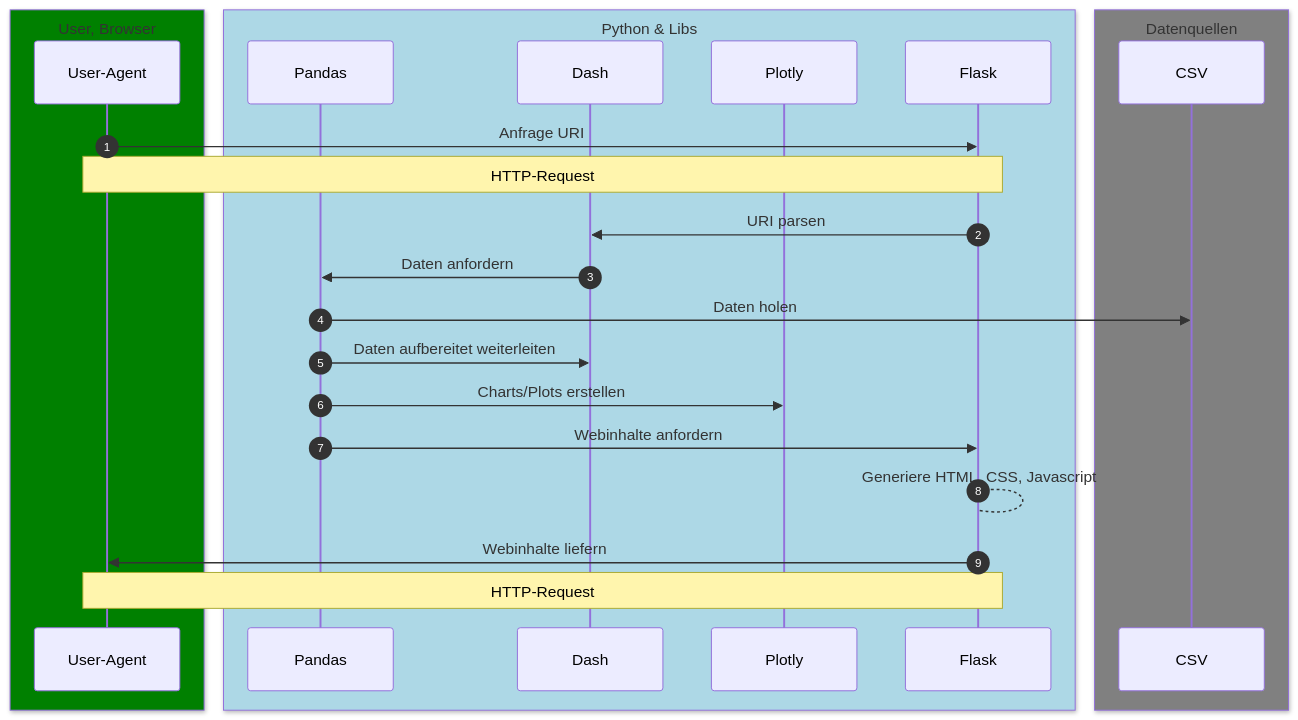
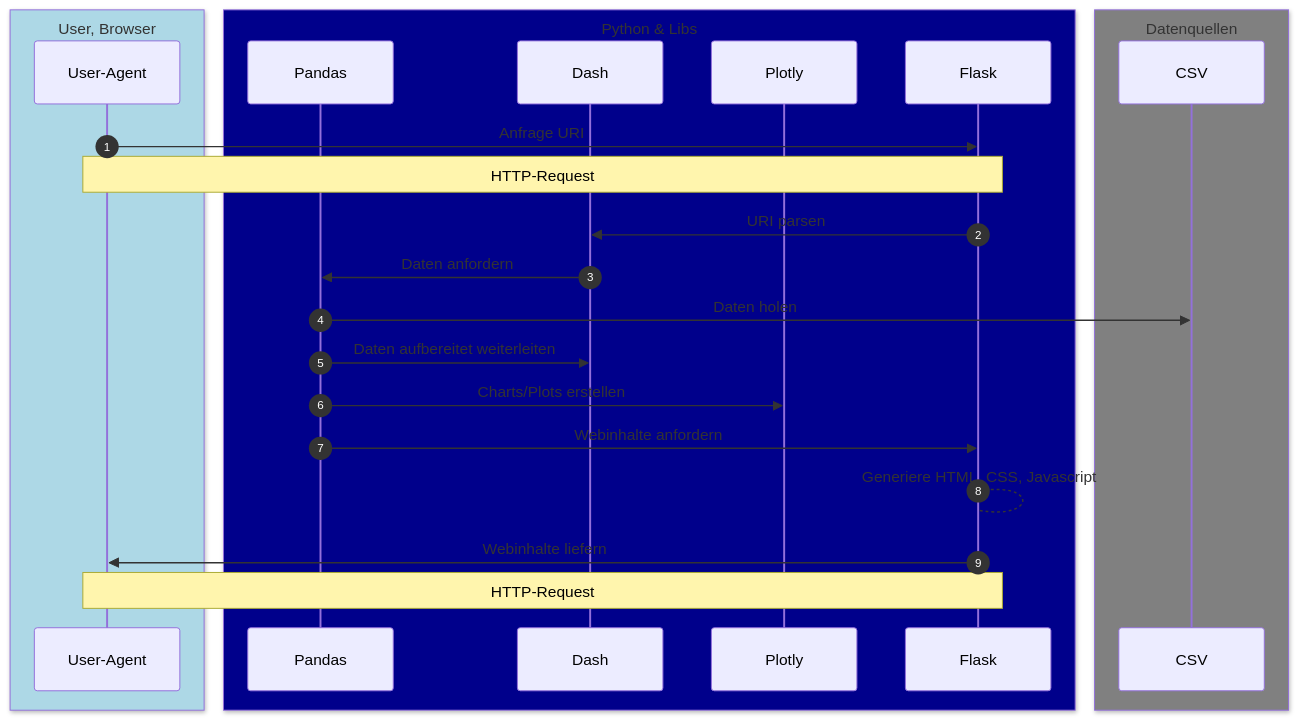
One commit to nevsglueckauf/wq changed the diagram in Documentation/ArchitekturPython.md. Above: the diagram before and after it, drawn with Mermaid. The commit also changed other lines of this file and 2 other files, not shown here.

Commit message:
Aufräumarbeiten ...

````diff
--- a/Documentation/ArchitekturPython.md
+++ b/Documentation/ArchitekturPython.md
@@ -7,37 +9,37 @@
 ```mermaid
 sequenceDiagram
 autonumber
     
-    box green User, Browser
+    box lightblue User, Browser
     participant User-Agent
     end
 
-    box lightblue  Python & Libs
+    box darkblue  Python & Libs
     participant Pandas
     participant Dash
     participant Plotly
     participant Flask
     end
 
     box gray Datenquellen
     participant CSV
     end
     
     User-Agent->>Flask: Anfrage URI
     Note over User-Agent, Flask: HTTP-Request
     
     Flask->>Dash: URI parsen
     Dash->>Pandas: Daten anfordern
     Pandas ->> CSV: Daten holen
     Pandas ->> Dash: Daten aufbereitet weiterleiten
     Pandas ->> Plotly: Charts/Plots erstellen
     Pandas ->> Flask: Webinhalte anfordern 
     Flask --> Flask: Generiere HTML, CSS, Javascript
     
     Flask->>User-Agent: Webinhalte liefern
     Note over User-Agent, Flask: HTTP-Request
     
 
    
    
 ```
````
